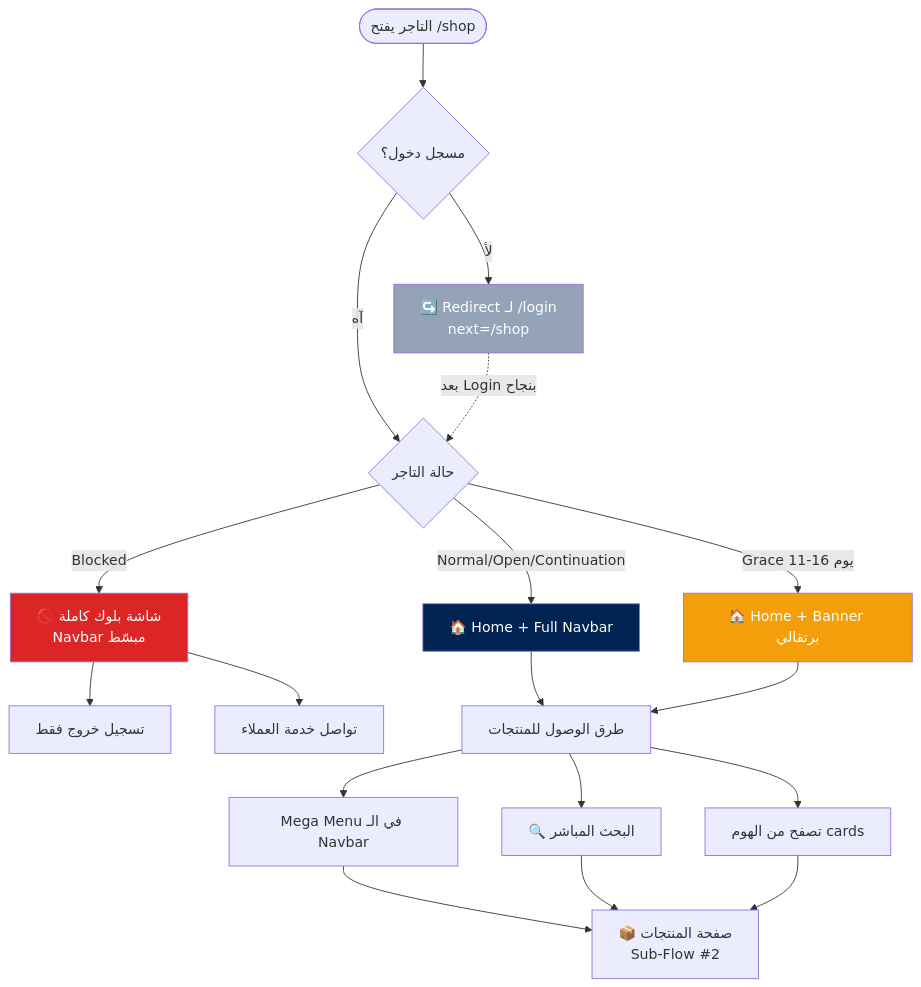
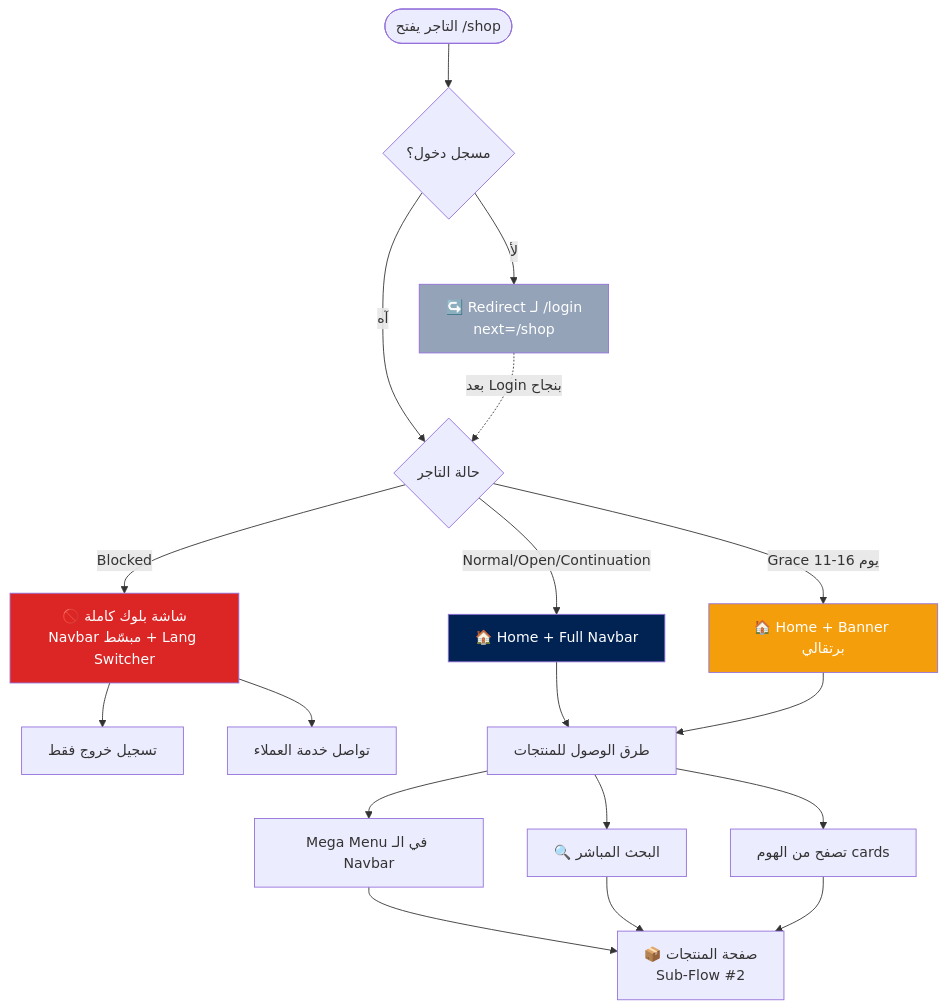
One commit to sherifftaha/BlueBee_Odoo changed the diagram in flows/01_home.md. Above: the diagram before and after it, drawn with Mermaid. The commit also changed other lines of this file and 1 other file, not shown here.

First line of the commit message:
Add flows/00 and update flows/01: Landing + Home UX specs

````diff
--- a/flows/01_home.md
+++ b/flows/01_home.md
@@ -125,32 +127,32 @@
 ```mermaid
 flowchart TD
     Start([التاجر يفتح /shop]) --> CheckAuth{مسجل دخول؟}
 
     CheckAuth -->|لأ| RedirectLogin[↪️ Redirect لـ /login<br/>next=/shop]
     CheckAuth -->|آه| CheckState{حالة التاجر}
 
     RedirectLogin -.->|بعد Login بنجاح| CheckState
 
-    CheckState -->|Blocked| BlockScreen[🚫 شاشة بلوك كاملة<br/>Navbar مبسّط]
+    CheckState -->|Blocked| BlockScreen[🚫 شاشة بلوك كاملة<br/>Navbar مبسّط + Lang Switcher]
     CheckState -->|Normal/Open/Continuation| HomeNormal[🏠 Home + Full Navbar]
     CheckState -->|Grace 11-16 يوم| HomeGrace[🏠 Home + Banner برتقالي]
 
     BlockScreen --> Logout[تسجيل خروج فقط]
     BlockScreen --> ContactCS[تواصل خدمة العملاء]
 
     HomeNormal --> Access[طرق الوصول للمنتجات]
     HomeGrace --> Access
 
     Access --> MegaMenu[Mega Menu في الـ Navbar]
     Access --> Search[🔍 البحث المباشر]
     Access --> HomeCards[تصفح من الهوم cards]
 
     MegaMenu --> ProductList[📦 صفحة المنتجات<br/>Sub-Flow #2]
     Search --> ProductList
     HomeCards --> ProductList
 
     style BlockScreen fill:#dc2626,color:#fff
     style HomeNormal fill:#012354,color:#fff
     style HomeGrace fill:#f59e0b,color:#fff
     style RedirectLogin fill:#94a3b8,color:#fff
 ```
````
